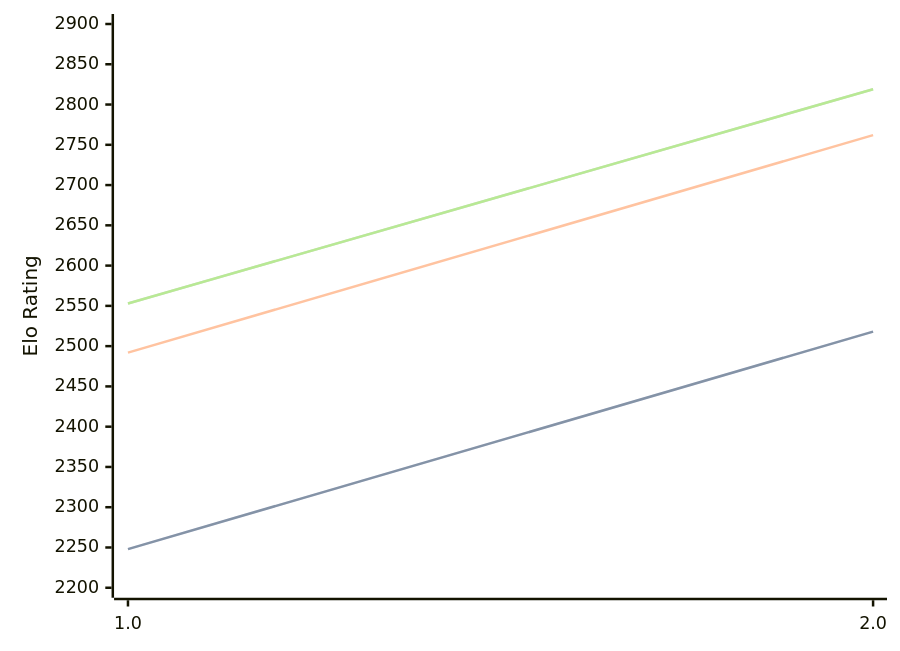
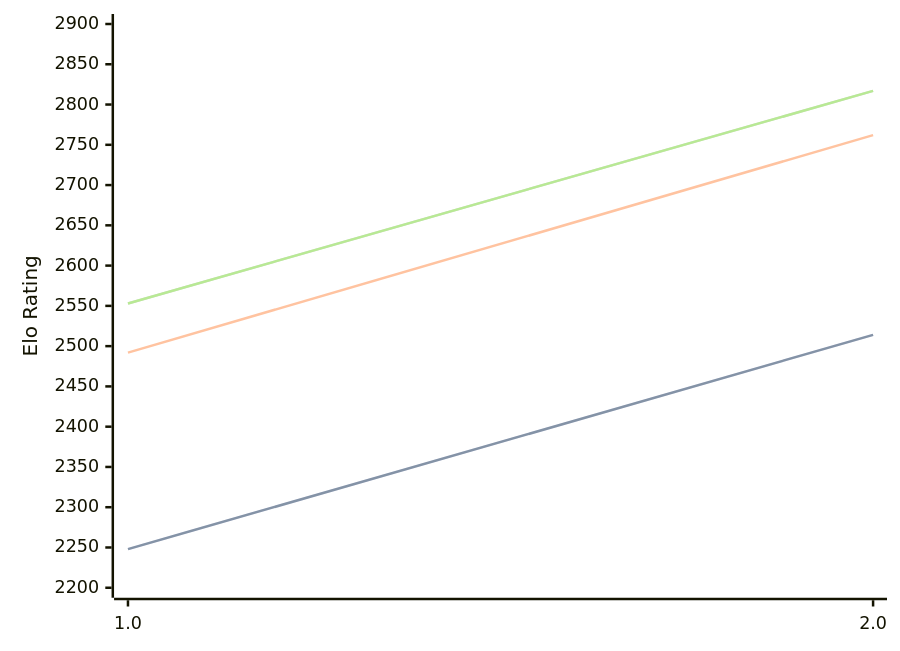
One commit to computer-chess-index/cci changed the diagram in engines/Revolver.md. Above: the diagram before and after it, drawn with Mermaid. The commit also changed other lines of this file, not shown here.

Commit message:
Update CCI Ratings (ELO VLTC) - 2026-07-27

````diff
--- a/engines/Revolver.md
+++ b/engines/Revolver.md
@@ -32,11 +32,11 @@
 ```mermaid
 %%{init: {"theme":"base","themeVariables":{"seriesColors:['#a3a3a3','#222221','#faa371']}}}%%
 xychart-beta
   x-axis ["1.0", "2.0"]
   y-axis "Elo Rating" 2200 --> 2900
-  line "STC (8.0+0.08s)" [2248, 2518]
-  line "STC (8.0+0.08s)" [2248, 2518]
+  line "STC (8.0+0.08s)" [2248, 2514]
+  line "STC (8.0+0.08s)" [2248, 2514]
   line "LTC (60.0+0.60s)" [2492, 2762]
-  line "VLTC (2m24s+1.12s)" [2553, 2819]
-  line "VLTC (2m24s+1.12s)" [2553, 2819]
+  line "VLTC (2m24s+1.12s)" [2553, 2817]
+  line "VLTC (2m24s+1.12s)" [2553, 2817]
 ```
````
